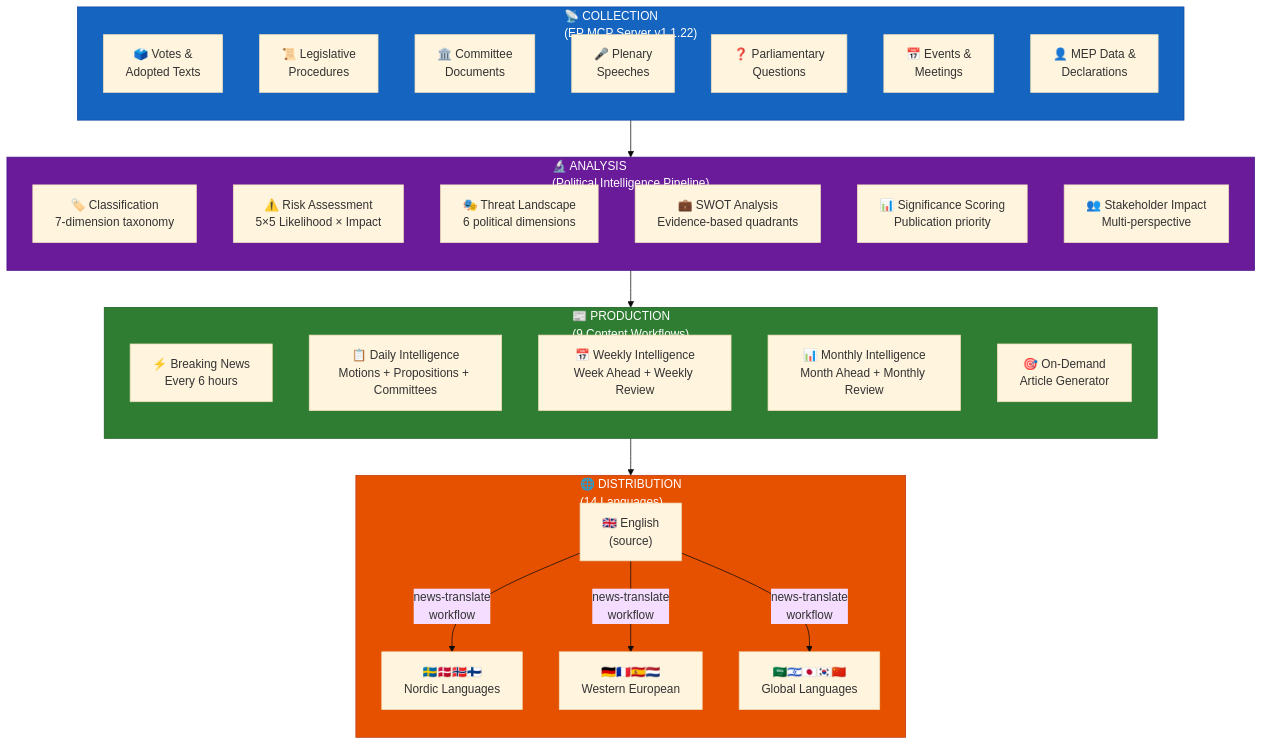
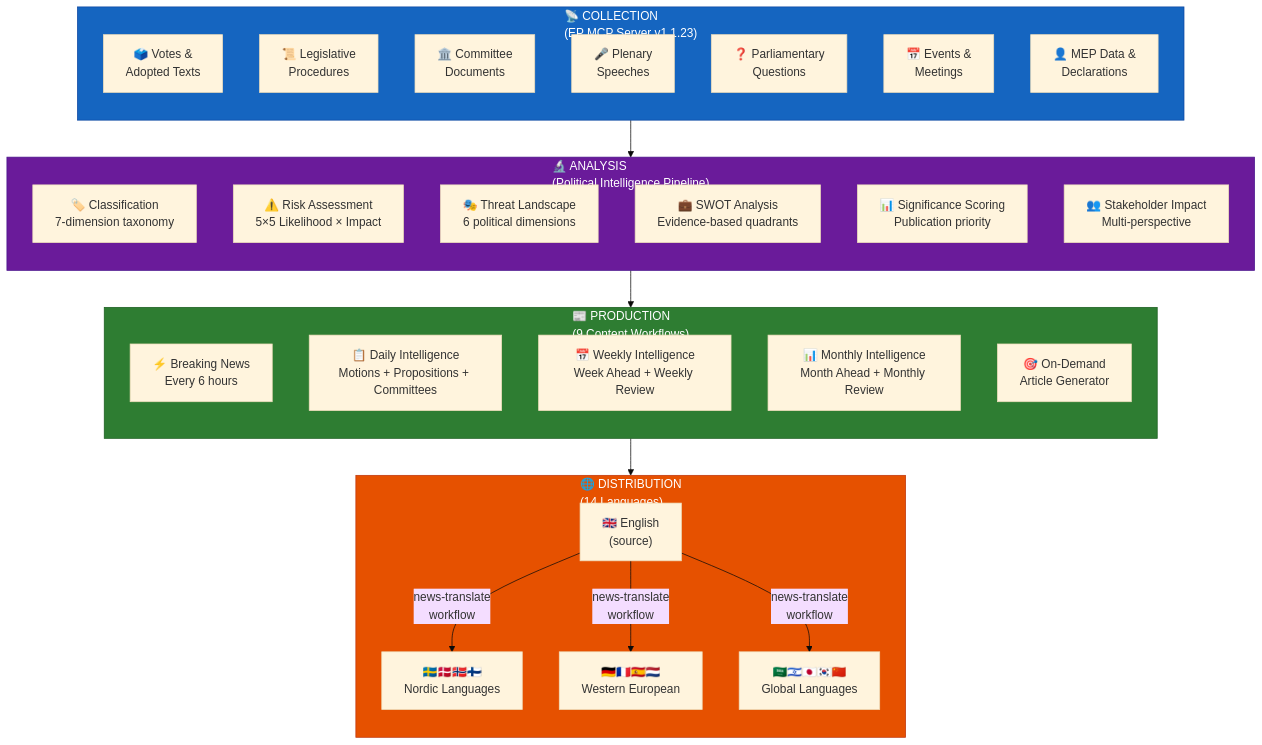
One commit to Hack23/euparliamentmonitor changed diagram 18 of 21 in WORKFLOWS.md. Above: the diagram before and after it, drawn with Mermaid (base theme). The commit also changed other lines of this file and 31 other files, not shown here.

First line of the commit message:
chore: bump EP MCP server references to 1.1.23 across workflows and MCP config

````diff
--- a/WORKFLOWS.md
+++ b/WORKFLOWS.md
@@ -1625,48 +1625,48 @@
 ```mermaid
 flowchart TD
-    subgraph Collection["📡 COLLECTION<br/>(EP MCP Server v1.1.22)"]
+    subgraph Collection["📡 COLLECTION<br/>(EP MCP Server v1.1.23)"]
         direction TB
         C1["🗳️ Votes &<br/>Adopted Texts"]
         C2["📜 Legislative<br/>Procedures"]
         C3["🏛️ Committee<br/>Documents"]
         C4["🎤 Plenary<br/>Speeches"]
         C5["❓ Parliamentary<br/>Questions"]
         C6["📅 Events &<br/>Meetings"]
         C7["👤 MEP Data &<br/>Declarations"]
     end
 
     subgraph Analysis["🔬 ANALYSIS<br/>(Political Intelligence Pipeline)"]
         direction TB
         A1["🏷️ Classification<br/>7-dimension taxonomy"]
         A2["⚠️ Risk Assessment<br/>5×5 Likelihood × Impact"]
         A3["🎭 Threat Landscape<br/>6 political dimensions"]
         A4["💼 SWOT Analysis<br/>Evidence-based quadrants"]
         A5["📊 Significance Scoring<br/>Publication priority"]
         A6["👥 Stakeholder Impact<br/>Multi-perspective"]
     end
 
     subgraph Production["📰 PRODUCTION<br/>(9 Content Workflows)"]
         direction TB
         P1["⚡ Breaking News<br/>Every 6 hours"]
         P2["📋 Daily Intelligence<br/>Motions + Propositions + Committees"]
         P3["📅 Weekly Intelligence<br/>Week Ahead + Weekly Review"]
         P4["📊 Monthly Intelligence<br/>Month Ahead + Monthly Review"]
         P5["🎯 On-Demand<br/>Article Generator"]
     end
 
     subgraph Distribution["🌐 DISTRIBUTION<br/>(14 Languages)"]
         direction TB
         D1["🇬🇧 English<br/>(source)"]
         D2["🇸🇪🇩🇰🇳🇴🇫🇮<br/>Nordic Languages"]
         D3["🇩🇪🇫🇷🇪🇸🇳🇱<br/>Western European"]
         D4["🇸🇦🇮🇱🇯🇵🇰🇷🇨🇳<br/>Global Languages"]
     end
 
     Collection --> Analysis --> Production --> D1
     D1 --> |"news-translate<br/>workflow"| D2 & D3 & D4
 
     style Collection fill:#1565C0,stroke:#0D47A1,color:#FFFFFF
     style Analysis fill:#6A1B9A,stroke:#4A148C,color:#FFFFFF
     style Production fill:#2E7D32,stroke:#1B5E20,color:#FFFFFF
     style Distribution fill:#E65100,stroke:#BF360C,color:#FFFFFF
 ```
````
